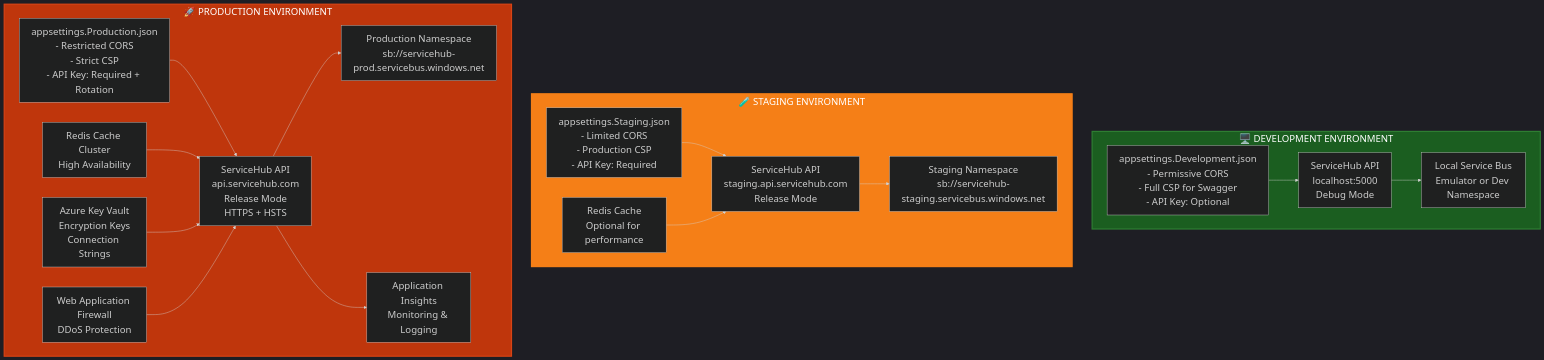
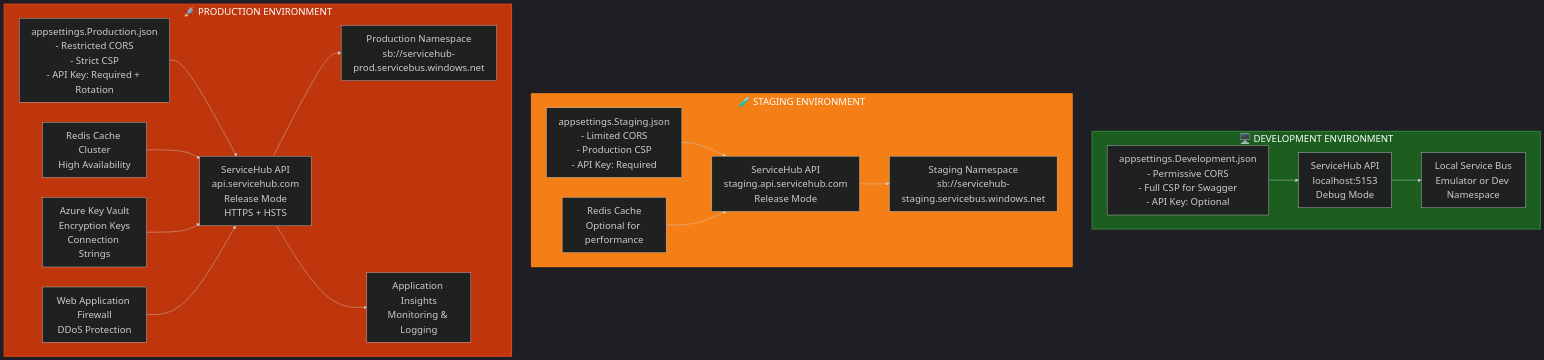
One commit to debdevops/servicehub changed diagram 12 of 12 in services/api/ARCHITECTURE.md. Above: the diagram before and after it, drawn with Mermaid. The commit also changed other lines of this file and 40 other files, not shown here.

Commit message:
fix: update documentation and screenshots for ServiceHub; upgrade to .NET 10 and enhance deployment instructions

````diff
--- a/services/api/ARCHITECTURE.md
+++ b/services/api/ARCHITECTURE.md
@@ -668,44 +668,44 @@
 ```mermaid
 %%{init: {'theme':'dark', 'themeVariables': { 'fontSize':'24px', 'primaryTextColor':'#ffffff'}}}%%
 graph TB
     subgraph Development["🖥️ DEVELOPMENT ENVIRONMENT"]
-        DEV_API["ServiceHub API<br/>localhost:5000<br/>Debug Mode"]
+        DEV_API["ServiceHub API<br/>localhost:5153<br/>Debug Mode"]
         DEV_SB["Local Service Bus<br/>Emulator or Dev Namespace"]
         DEV_CONFIG["appsettings.Development.json<br/>- Permissive CORS<br/>- Full CSP for Swagger<br/>- API Key: Optional"]
     end
 
     subgraph Staging["🧪 STAGING ENVIRONMENT"]
         STAG_API["ServiceHub API<br/>staging.api.servicehub.com<br/>Release Mode"]
         STAG_SB["Staging Namespace<br/>sb://servicehub-staging.servicebus.windows.net"]
         STAG_CONFIG["appsettings.Staging.json<br/>- Limited CORS<br/>- Production CSP<br/>- API Key: Required"]
         STAG_CACHE["Redis Cache<br/>Optional for performance"]
     end
 
     subgraph Production["🚀 PRODUCTION ENVIRONMENT"]
         PROD_API["ServiceHub API<br/>api.servicehub.com<br/>Release Mode<br/>HTTPS + HSTS"]
         PROD_SB["Production Namespace<br/>sb://servicehub-prod.servicebus.windows.net"]
         PROD_CONFIG["appsettings.Production.json<br/>- Restricted CORS<br/>- Strict CSP<br/>- API Key: Required + Rotation"]
         PROD_CACHE["Redis Cache Cluster<br/>High Availability"]
         PROD_KV["Azure Key Vault<br/>Encryption Keys<br/>Connection Strings"]
         MONITOR["Application Insights<br/>Monitoring & Logging"]
         WAF["Web Application Firewall<br/>DDoS Protection"]
     end
 
     DEV_API --> DEV_SB
     DEV_CONFIG --> DEV_API
     
     STAG_API --> STAG_SB
     STAG_CONFIG --> STAG_API
     STAG_CACHE --> STAG_API
     
     PROD_API --> PROD_SB
     PROD_CONFIG --> PROD_API
     PROD_CACHE --> PROD_API
     PROD_KV --> PROD_API
     PROD_API --> MONITOR
     WAF --> PROD_API
 
     style Development fill:#1b5e20,stroke:#2e7d32,stroke-width:3px,color:#fff
     style Staging fill:#f57f17,stroke:#f57f17,stroke-width:3px,color:#fff
     style Production fill:#bf360c,stroke:#d84315,stroke-width:3px,color:#fff
 ```
````
